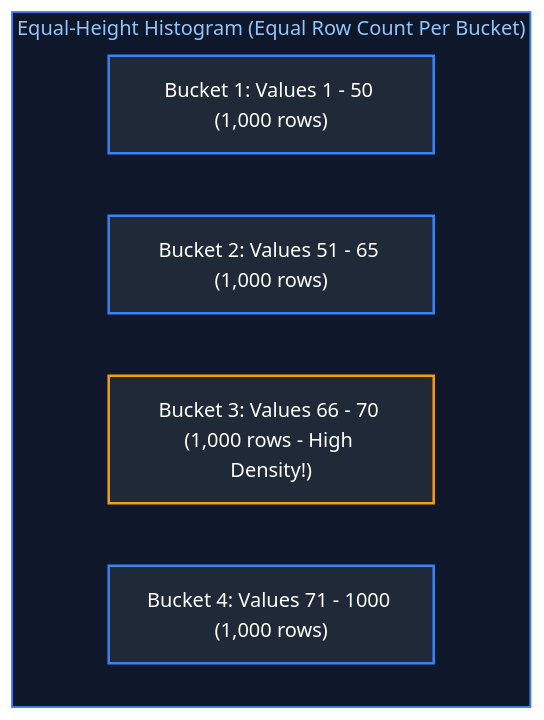
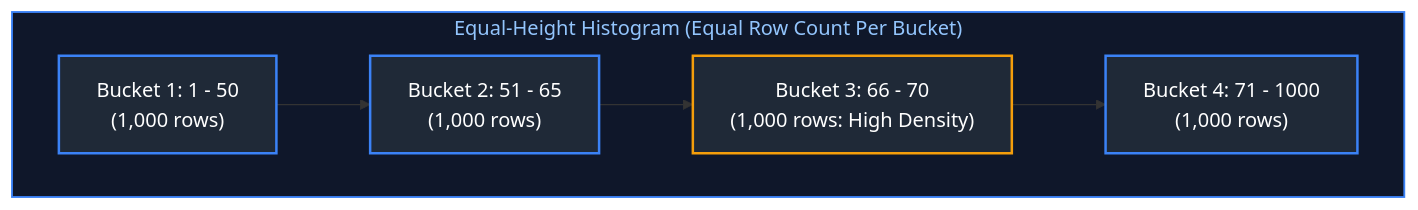
Diagram 18 of 27 in Data Engineering/04_database_internals_and_performance.md (joydeep-biswas/Interview-Preparation), drawn with Mermaid before and after one commit. The commit also changed other lines of this file and 76 other files, not shown here.

Commit message:
Updated Charts

````diff
--- a/Data Engineering/04_database_internals_and_performance.md
+++ b/Data Engineering/04_database_internals_and_performance.md
@@ -1050,16 +1066,16 @@
 ```mermaid
-flowchart TD
+flowchart LR
     subgraph EqualHeightHistogram ["Equal-Height Histogram (Equal Row Count Per Bucket)"]
-        B1["Bucket 1: Values 1 - 50 (1,000 rows)"]
-        B2["Bucket 2: Values 51 - 65 (1,000 rows)"]
-        B3["Bucket 3: Values 66 - 70 (1,000 rows - High Density!)"]
-        B4["Bucket 4: Values 71 - 1000 (1,000 rows)"]
+        direction LR
+        B1["Bucket 1: 1 - 50<br/>(1,000 rows)"] --> B2["Bucket 2: 51 - 65<br/>(1,000 rows)"]
+        B2 --> B3["Bucket 3: 66 - 70<br/>(1,000 rows: High Density)"]
+        B3 --> B4["Bucket 4: 71 - 1000<br/>(1,000 rows)"]
     end
 
     style EqualHeightHistogram fill:#0f172a,stroke:#3b82f6,stroke-width:1.5px,color:#93c5fd
 
     style B1 fill:#1f2937,stroke:#3b82f6,stroke-width:2px,color:#fff
     style B2 fill:#1f2937,stroke:#3b82f6,stroke-width:2px,color:#fff
     style B3 fill:#1f2937,stroke:#f59e0b,stroke-width:2px,color:#fff
     style B4 fill:#1f2937,stroke:#3b82f6,stroke-width:2px,color:#fff
 ```
````
